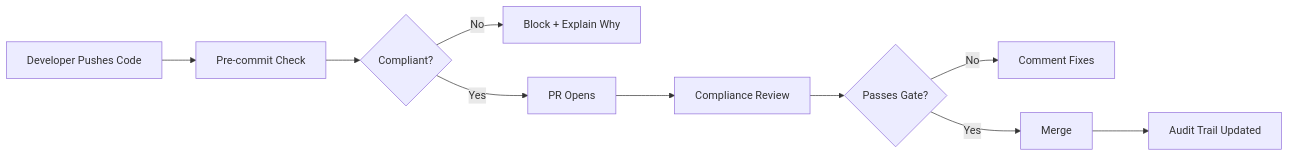
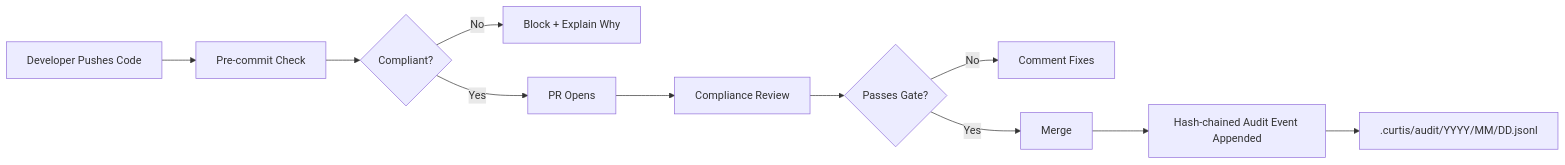
The diagram in README.md (JordanNewell/curtis-compliance), drawn with Mermaid before and after one commit. The commit also changed other lines of this file and 3 other files, not shown here.

First line of the commit message:
feat: hash-chained audit trail with tamper evidence + CSV/JSON export

````diff
--- a/README.md
+++ b/README.md
@@ -20,12 +20,13 @@
 ```mermaid
 graph LR
     A[Developer Pushes Code] --> B[Pre-commit Check]
     B --> C{Compliant?}
     C -->|No| D[Block + Explain Why]
     C -->|Yes| E[PR Opens]
     E --> F[Compliance Review]
     F --> G{Passes Gate?}
     G -->|No| H[Comment Fixes]
     G -->|Yes| I[Merge]
-    I --> J[Audit Trail Updated]
+    I --> J[Hash-chained Audit Event Appended]
+    J --> K[.curtis/audit/YYYY/MM/DD.jsonl]
 ```
````
